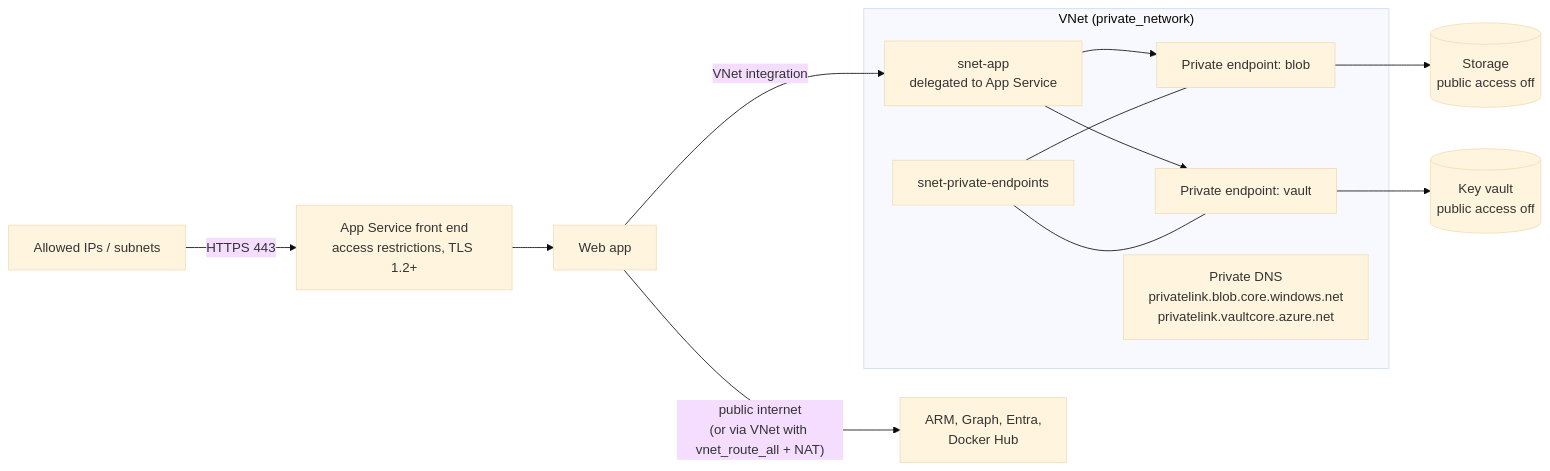
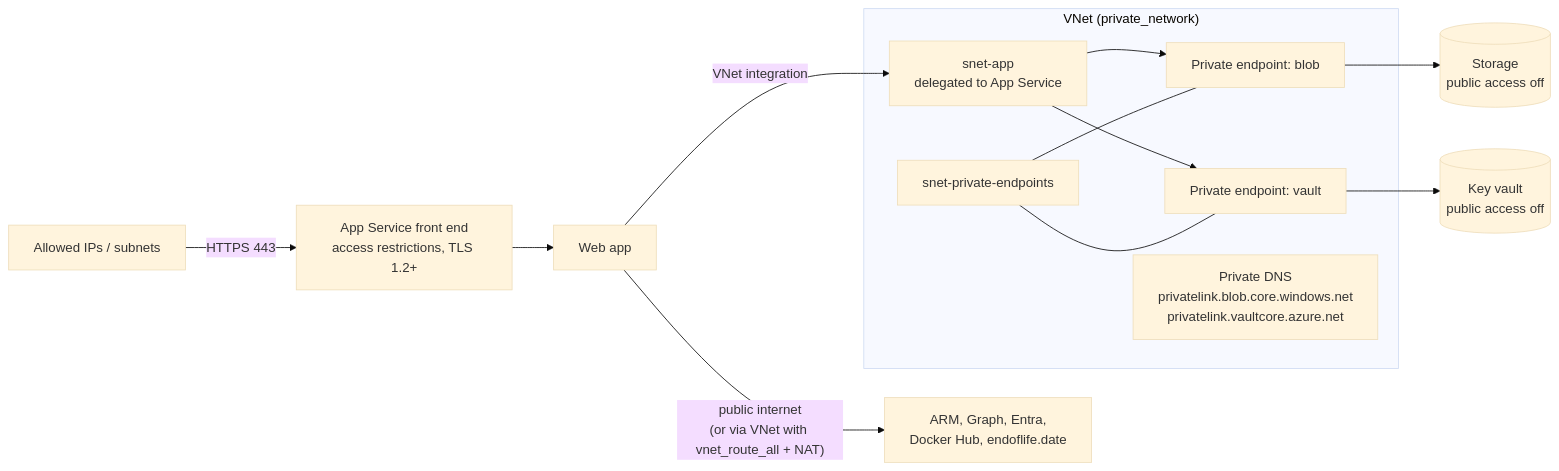
One commit to Gooseankles/cirrus-watch changed the seventh of 10 diagrams in docs/architecture.md. Above: the diagram before and after it, drawn with Mermaid (base theme). The commit also changed other lines of this file and 11 other files, not shown here.

Commit message:
Live end-of-support dates from endoflife.date; stack report watches NIS2, NSM and CIS; CIS v8.1 and mapping review dates on the Compliance page

````diff
--- a/docs/architecture.md
+++ b/docs/architecture.md
@@ -284,20 +284,20 @@
 ```mermaid
 flowchart LR
   user["Allowed IPs / subnets"] -- "HTTPS 443" --> fe["App Service front end<br/>access restrictions, TLS 1.2+"]
   fe --> app["Web app"]
   subgraph vnet["VNet (private_network)"]
     snapp["snet-app<br/>delegated to App Service"]
     snpe["snet-private-endpoints"]
     pest["Private endpoint: blob"]
     pekv["Private endpoint: vault"]
     dns["Private DNS<br/>privatelink.blob.core.windows.net<br/>privatelink.vaultcore.azure.net"]
   end
   app -- "VNet integration" --> snapp
   snapp --> pest
   snapp --> pekv
   snpe --- pest
   snpe --- pekv
   pest --> st[("Storage<br/>public access off")]
   pekv --> kv[("Key vault<br/>public access off")]
-  app -- "public internet<br/>(or via VNet with vnet_route_all + NAT)" --> azure["ARM, Graph, Entra,<br/>Docker Hub"]
+  app -- "public internet<br/>(or via VNet with vnet_route_all + NAT)" --> azure["ARM, Graph, Entra,<br/>Docker Hub, endoflife.date"]
 ```
````
